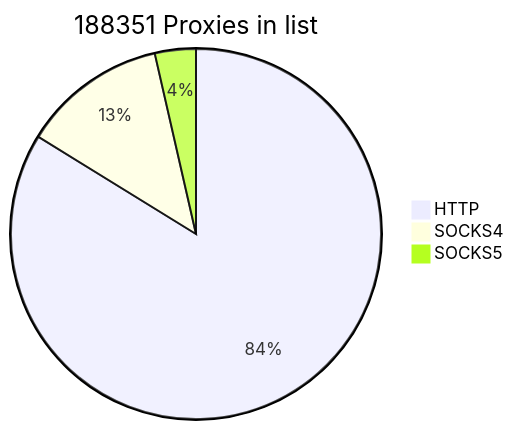
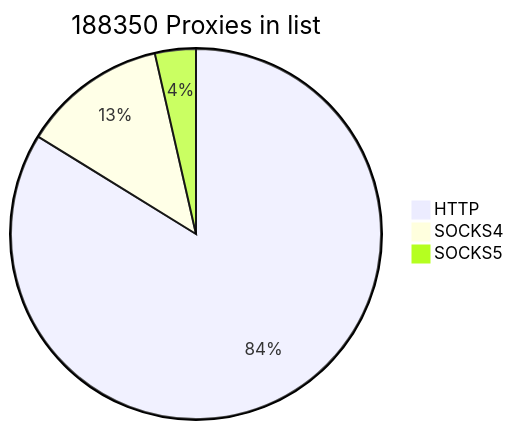
One commit to cutipu/proxylist changed the first of 2 diagrams in README.md. Above: the diagram before and after it, drawn with Mermaid. The commit also changed other lines of this file, not shown here.

````diff
--- a/README.md
+++ b/README.md
@@ -2,7 +2,7 @@
 ```mermaid
-pie title 188351 Proxies in list
-    "HTTP" : 157834
+pie title 188350 Proxies in list
+    "HTTP" : 157844
     "SOCKS4" : 23785
-    "SOCKS5" : 6732
+    "SOCKS5" : 6721
             
 ```
````
